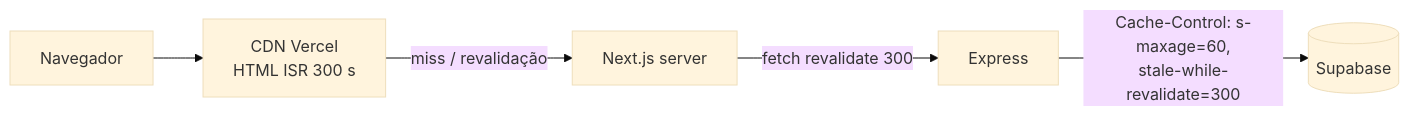
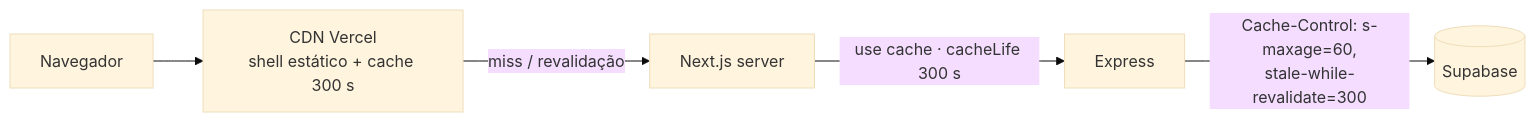
Before and after one commit to MarcosRBjunior/ViewNow: the third of 3 diagrams in docs/system-design.md, drawn with Mermaid (base theme). The commit also changed other lines of this file and 48 other files, not shown here.

````diff
--- a/docs/system-design.md
+++ b/docs/system-design.md
@@ -214,7 +214,7 @@
 ```mermaid
 flowchart LR
-    B[Navegador] --> EDGE[CDN Vercel<br/>HTML ISR 300 s]
+    B[Navegador] --> EDGE[CDN Vercel<br/>shell estático + cache 300 s]
     EDGE -->|miss / revalidação| RSC[Next.js server]
-    RSC -->|fetch revalidate 300| API[Express]
+    RSC -->|use cache · cacheLife 300 s| API[Express]
     API -->|Cache-Control: s-maxage=60,<br/>stale-while-revalidate=300| SB[(Supabase)]
 ```
````
